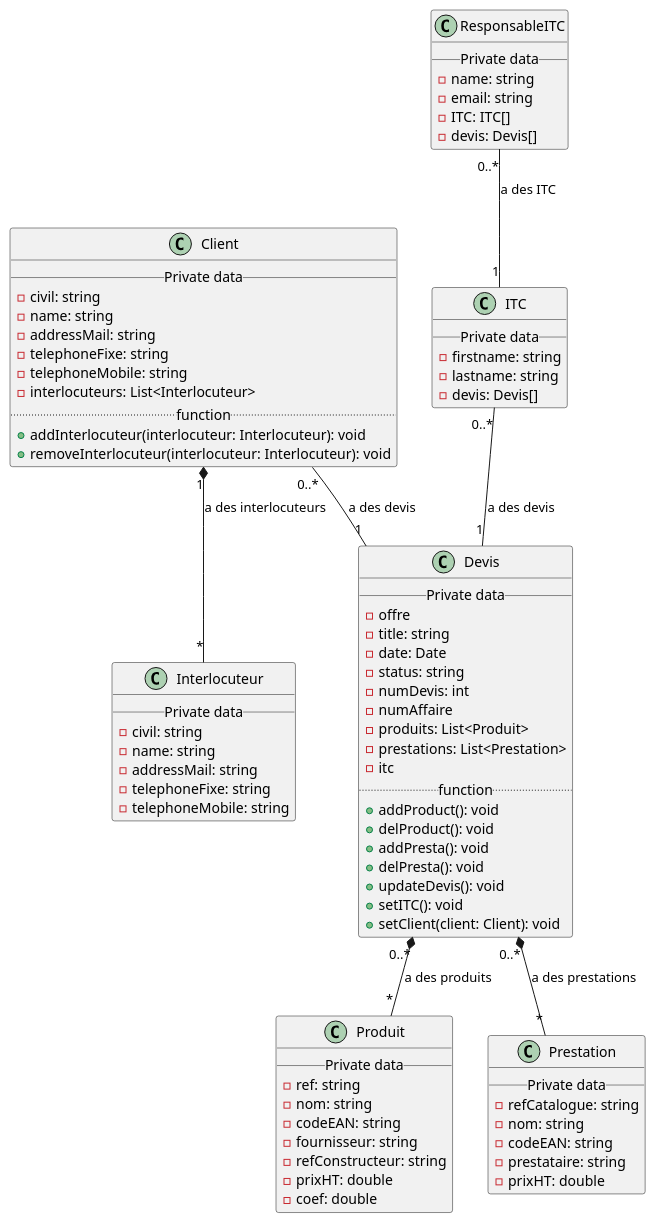
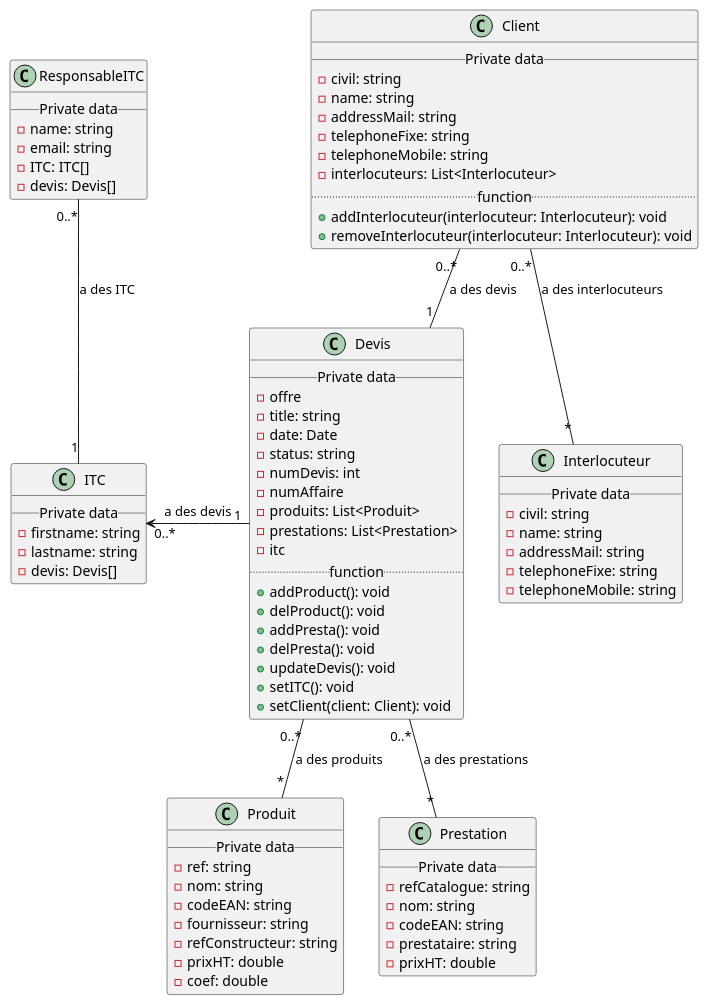
The diagram in eval/diagram.puml (maxlamenace10/Exo-UML-), drawn with PlantUML before and after one commit. The commit also changed 2 other files, not shown here.

```diff
--- a/eval/diagram.puml
+++ b/eval/diagram.puml
@@ -1,87 +1,87 @@
 @startuml isco
 
 class Client {
 __Private data__
   - civil: string
   - name: string
   - addressMail: string
   - telephoneFixe: string
   - telephoneMobile: string
   - interlocuteurs: List<Interlocuteur>
 .. function ..
   + addInterlocuteur(interlocuteur: Interlocuteur): void
   + removeInterlocuteur(interlocuteur: Interlocuteur): void
 }
 
 class Interlocuteur {
   __Private data__
   - civil: string
   - name: string
   - addressMail: string
   - telephoneFixe: string
   - telephoneMobile: string
 }
 
 class Devis {
   __Private data__
   - offre
   - title: string
   - date: Date
   - status: string
   - numDevis: int
   - numAffaire
   - produits: List<Produit>
   - prestations: List<Prestation>
   - itc
   .. function ..
   + addProduct(): void
   + delProduct(): void
   + addPresta(): void
   + delPresta(): void
   + updateDevis(): void
   + setITC(): void
   + setClient(client: Client): void
 }
 
 class Produit {
   __Private data__
   - ref: string
   - nom: string
   - codeEAN: string
   - fournisseur: string
   - refConstructeur: string
   - prixHT: double
   - coef: double
 }
 
 class Prestation {
   __Private data__
   - refCatalogue: string
   - nom: string
   - codeEAN: string
   - prestataire: string
   - prixHT: double
 }
 class ResponsableITC {
   __Private data__
   - name: string
   - email: string
   - ITC: ITC[]
   - devis: Devis[]
 }
 
 class ITC {
   __Private data__
   - firstname: string
   - lastname: string
   - devis: Devis[]
 }
 
-Client "1" *-- "*" Interlocuteur : a des interlocuteurs
-Client "0..*" -- "1" Devis : a des devis
-Devis "0..*" *-- "*" Produit : a des produits
-Devis "0..*" *-- "*" Prestation : a des prestations
+Client "0..*" -- "*" Interlocuteur : a des interlocuteurs
+Client "0..*" --"1" Devis : a des devis
+Devis "0..*" -- "*" Produit : a des produits
+Devis "0..*" -- "*" Prestation : a des prestations
 ResponsableITC "0..*" -- "1" ITC : a des ITC
-ITC "0..*" -- "1" Devis : a des devis
+ITC "0..*" <- "1" Devis : a des devis
 
 @enduml
```
